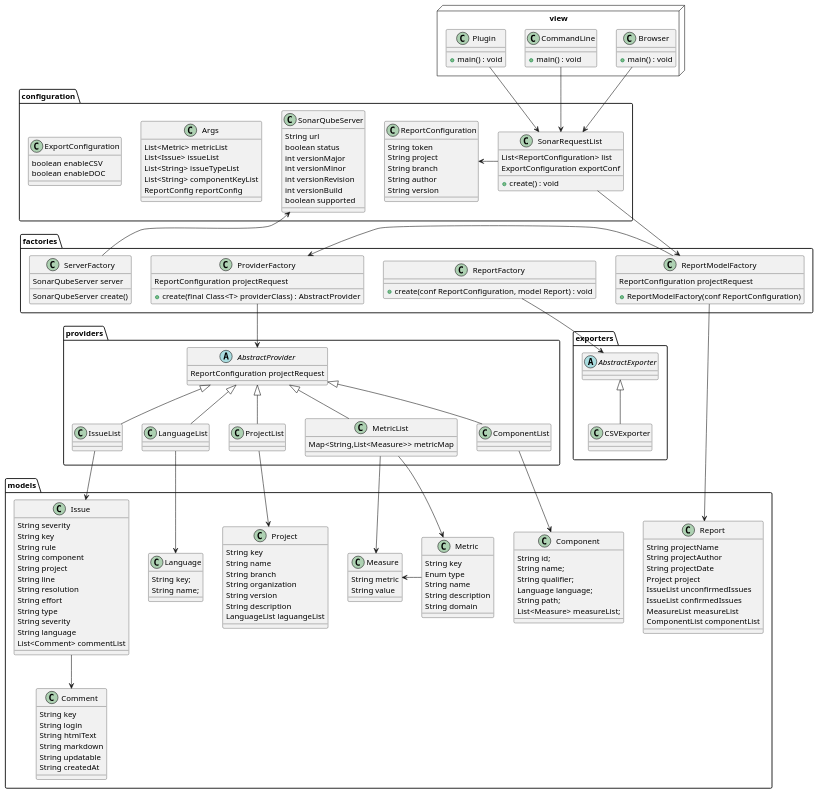
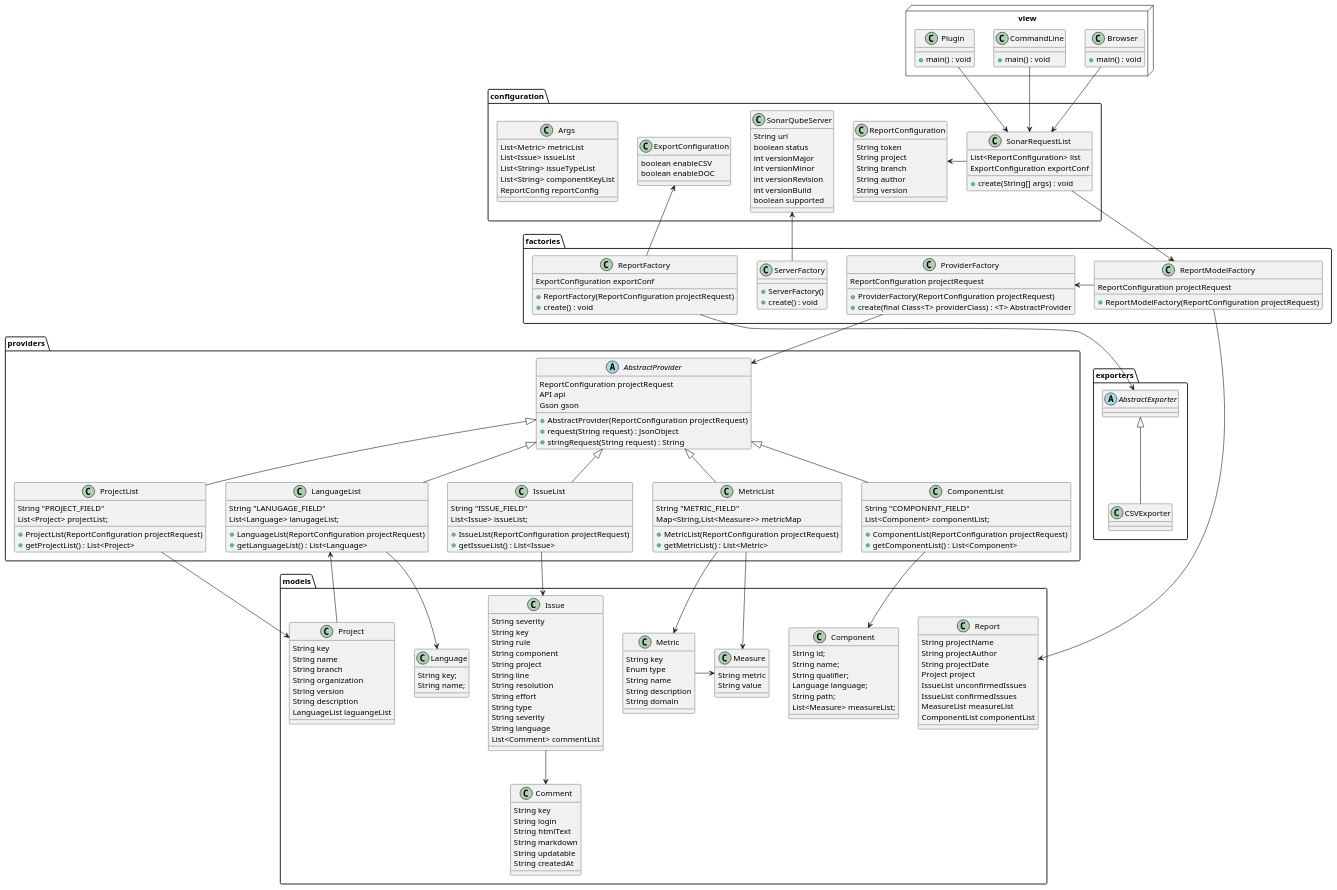
The diagram in uml/diagrama_de_clases.plantuml (iakigarci/SonarReport), drawn with PlantUML before and after one commit. The commit also changed 8 other files, not shown here.

Commit message:
Ampliado el diagrama de clases

```diff
--- a/uml/diagrama_de_clases.plantuml
+++ b/uml/diagrama_de_clases.plantuml
@@ -4,26 +4,46 @@
 
     abstract AbstractProvider {
         ReportConfiguration projectRequest
+        API api 
+        Gson gson
+        +AbstractProvider(ReportConfiguration projectRequest)
+        +request(String request) : JsonObject
+        +stringRequest(String request) : String
     }
 
     class ComponentList {
-
+        String "COMPONENT_FIELD"
+        List<Component> componentList;
+        +ComponentList(ReportConfiguration projectRequest)
+        +getComponentList() : List<Component>
     }
 
     class IssueList {
-
+        String "ISSUE_FIELD" 
+        List<Issue> issueList;
+        +IssueList(ReportConfiguration projectRequest)
+        +getIssueList() : List<Issue>
     }
 
     class LanguageList {
-
+        String "LANUGAGE_FIELD" 
+        List<Language> lanugageList;
+        +LanguageList(ReportConfiguration projectRequest)
+        +getLanguageList() : List<Language>
     }
 
     class ProjectList {
-
+        String "PROJECT_FIELD" 
+        List<Project> projectList;
+        +ProjectList(ReportConfiguration projectRequest)
+        +getProjectList() : List<Project>
     }
     
     class MetricList {
+        String "METRIC_FIELD" 
         Map<String,List<Measure>> metricMap
+        +MetricList(ReportConfiguration projectRequest)
+        +getMetricList() : List<Metric>
     }
 
 }
@@ -31,21 +51,24 @@
 package factories {
     class ProviderFactory {
         ReportConfiguration projectRequest
-        +create(final Class<T> providerClass) : AbstractProvider 
+        +ProviderFactory(ReportConfiguration projectRequest)
+        +create(final Class<T> providerClass) : <T> AbstractProvider 
     }
 
     class ReportFactory {
-        +create(conf ReportConfiguration, model Report) : void
+        ExportConfiguration exportConf
+        +ReportFactory(ReportConfiguration projectRequest)
+        +create() : void
     }
 
     class ReportModelFactory {
         ReportConfiguration projectRequest
-        +ReportModelFactory(conf ReportConfiguration)
+        +ReportModelFactory(ReportConfiguration projectRequest)
     }
 
     class ServerFactory {
-        SonarQubeServer server
-        SonarQubeServer create()
+        +ServerFactory()
+        +create() : void
     }
 }
 
@@ -139,7 +162,7 @@
     class SonarRequestList {
         List<ReportConfiguration> list
         ExportConfiguration exportConf
-        +create() : void
+        +create(String[] args) : void
     }
 
     class ReportConfiguration {
@@ -204,12 +227,14 @@
 MetricList -down-> Metric
 MetricList -down-> Measure
 Metric -> Measure
+Project -> LanguageList
 
 ReportModelFactory -> Report
 ProviderFactory -down-> AbstractProvider
 ReportFactory -down-> AbstractExporter
 ServerFactory -up-> SonarQubeServer
 ReportModelFactory -> ProviderFactory
+ReportFactory -> ExportConfiguration
 
 CSVExporter -up-|> AbstractExporter
 
```
